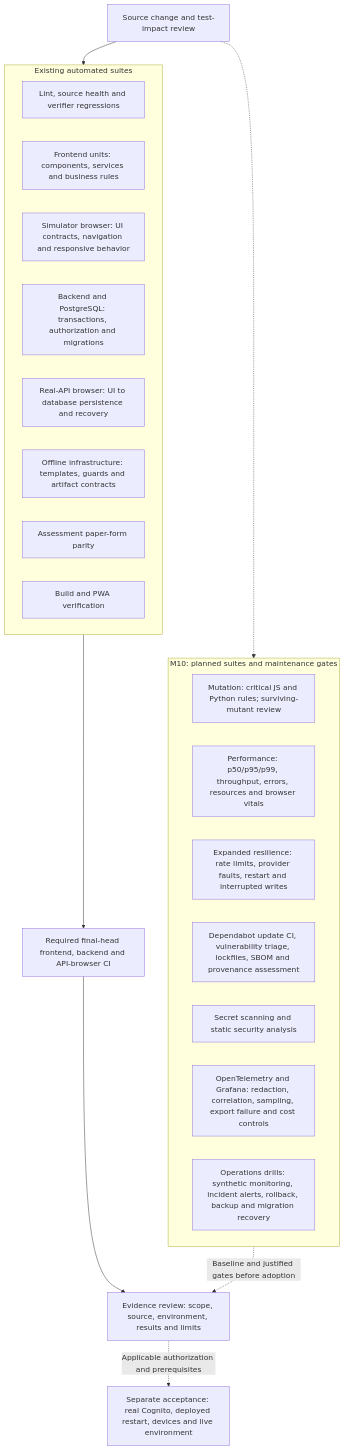
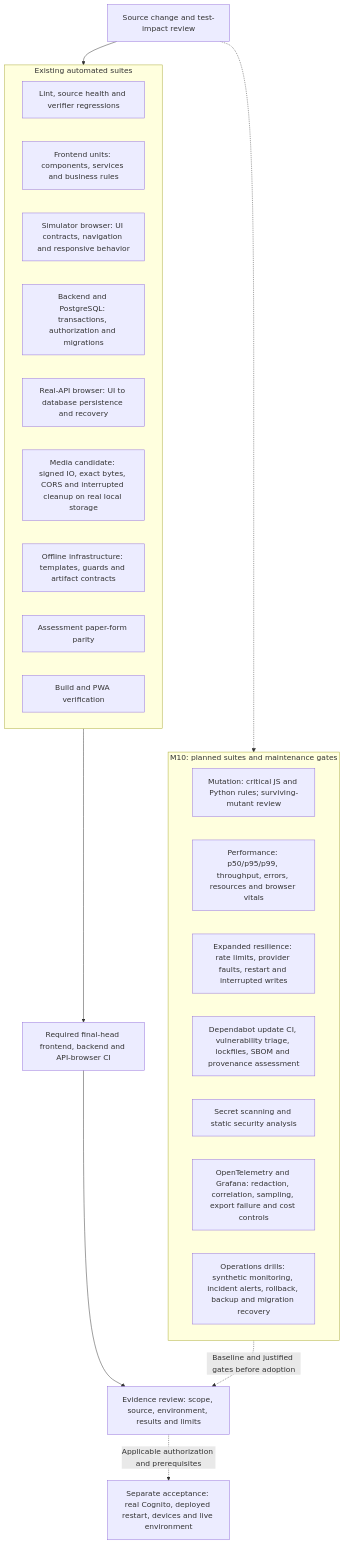
One commit to LimYouSheng/FitfinityReact changed the third of 3 diagrams in docs/Architecture/diagram.md. Above: the diagram before and after it, drawn with Mermaid. The commit also changed other lines of this file and 49 other files, not shown here.

````diff
--- a/docs/Architecture/diagram.md
+++ b/docs/Architecture/diagram.md
@@ -83,31 +87,32 @@
 ```mermaid
 flowchart TB
   Change["Source change and test-impact review"]
   subgraph Existing["Existing automated suites"]
     Static["Lint, source health and verifier regressions"]
     Unit["Frontend units: components, services and business rules"]
     Simulator["Simulator browser: UI contracts, navigation and responsive behavior"]
     Database["Backend and PostgreSQL: transactions, authorization and migrations"]
     Browser["Real-API browser: UI to database persistence and recovery"]
+    ObjectTests["Media candidate: signed IO, exact bytes, CORS and interrupted cleanup on real local storage"]
     Infra["Offline infrastructure: templates, guards and artifact contracts"]
     Forms["Assessment paper-form parity"]
     Build["Build and PWA verification"]
   end
   subgraph Future["M10: planned suites and maintenance gates"]
     Mutation["Mutation: critical JS and Python rules; surviving-mutant review"]
     Performance["Performance: p50/p95/p99, throughput, errors, resources and browser vitals"]
     Resilience["Expanded resilience: rate limits, provider faults, restart and interrupted writes"]
     SupplyTests["Dependabot update CI, vulnerability triage, lockfiles, SBOM and provenance assessment"]
     SecurityTests["Secret scanning and static security analysis"]
     Observability["OpenTelemetry and Grafana: redaction, correlation, sampling, export failure and cost controls"]
     Drills["Operations drills: synthetic monitoring, incident alerts, rollback, backup and migration recovery"]
   end
   Gates["Required final-head frontend, backend and API-browser CI"]
   Evidence["Evidence review: scope, source, environment, results and limits"]
   Live["Separate acceptance: real Cognito, deployed restart, devices and live environment"]
   Change --> Existing
   Existing --> Gates --> Evidence
   Change -.-> Future
   Future -.->|"Baseline and justified gates before adoption"| Evidence
   Evidence -.->|"Applicable authorization and prerequisites"| Live
 ```
````
